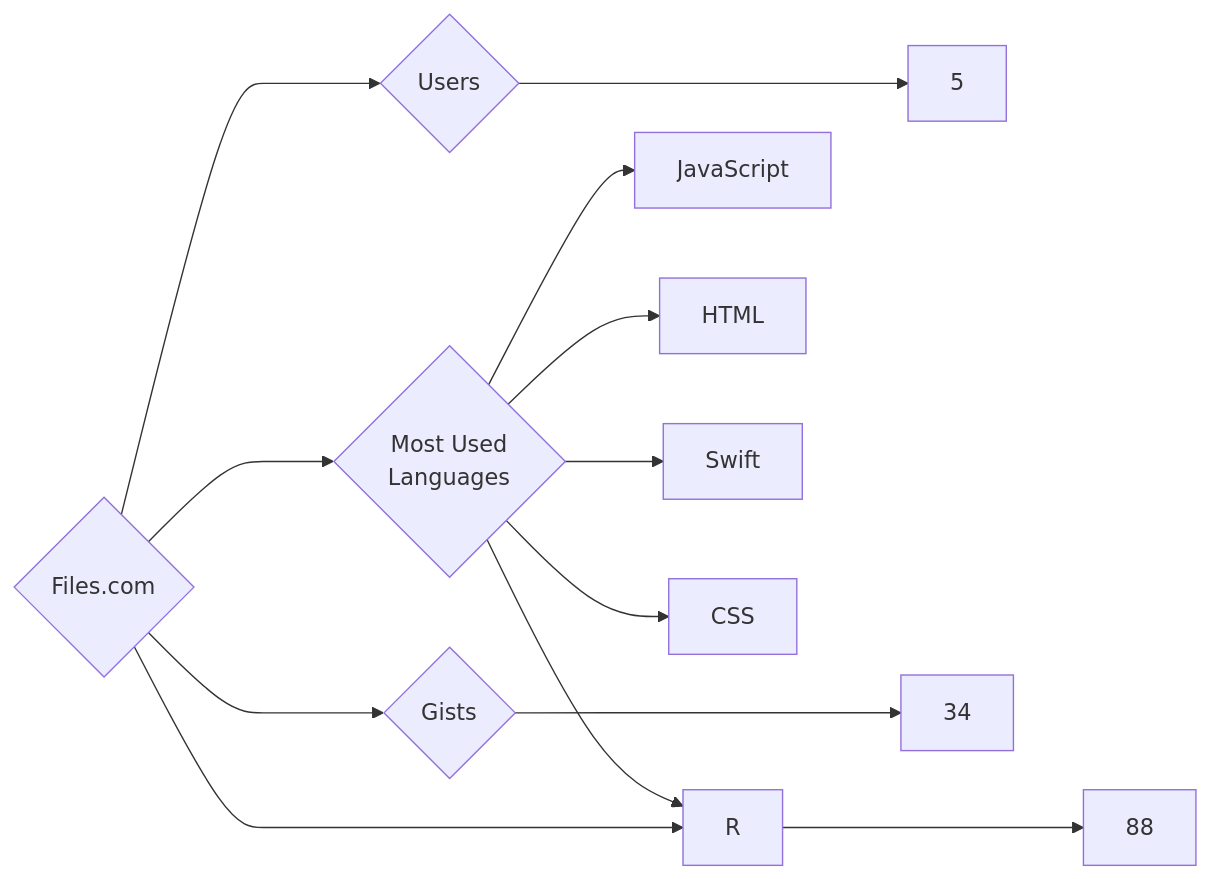
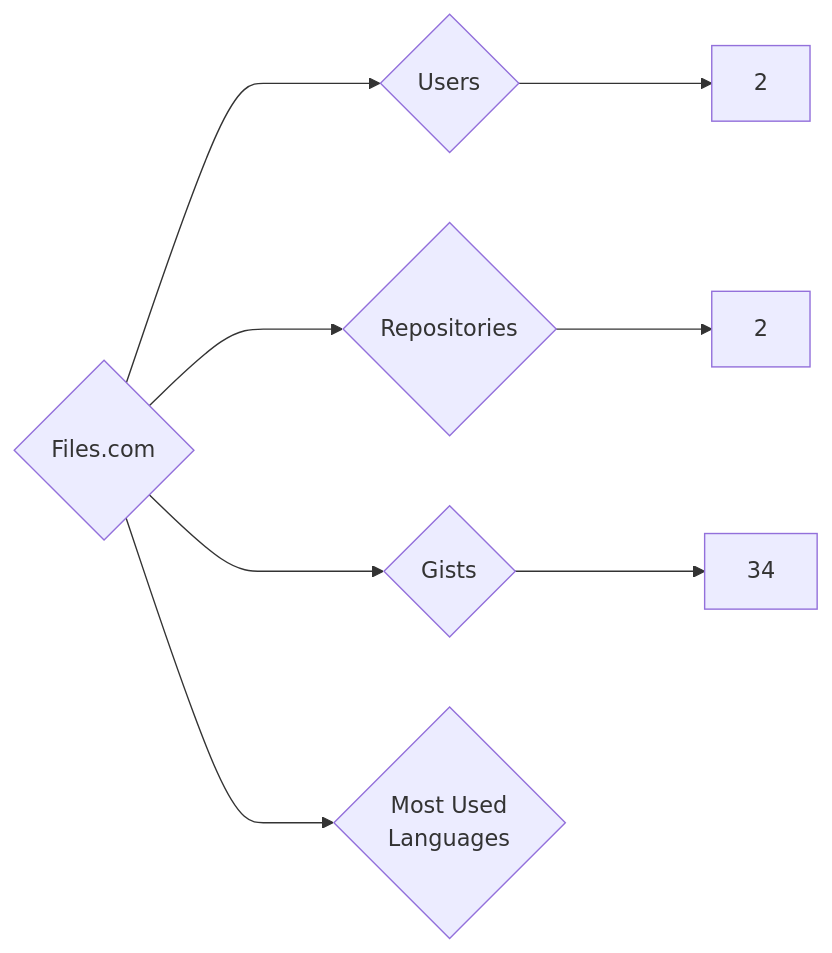
The diagram in targets/Files.com/README.md (trickest/insiders), drawn with Mermaid before and after one commit. The commit also changed 1141 other files, not shown here.

````diff
--- a/targets/Files.com/README.md
+++ b/targets/Files.com/README.md
@@ -3,13 +3,8 @@
 ```mermaid
 graph LR
 COMPANY_NAME{Files.com}
-COMPANY_NAME ---> U{Users} ---> UN[5]
-COMPANY_NAME ---> R{Repositories} ---> RN[88]
+COMPANY_NAME ---> U{Users} ---> UN[2]
+COMPANY_NAME ---> R{Repositories} ---> RN[2]
 COMPANY_NAME ---> G{Gists} ---> GN[34]
 COMPANY_NAME ---> ML{Most Used<br>Languages}
-ML --> JavaScript[JavaScript]
-ML --> HTML[HTML]
-ML --> R[R]
-ML --> Swift[Swift]
-ML --> CSS[CSS]
 ```
````
